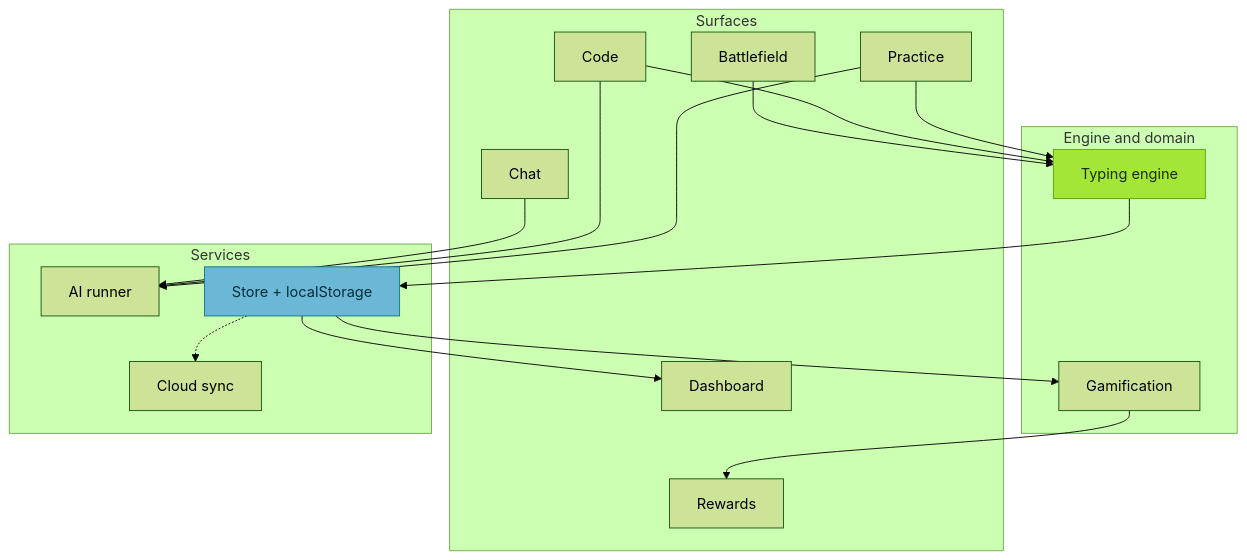
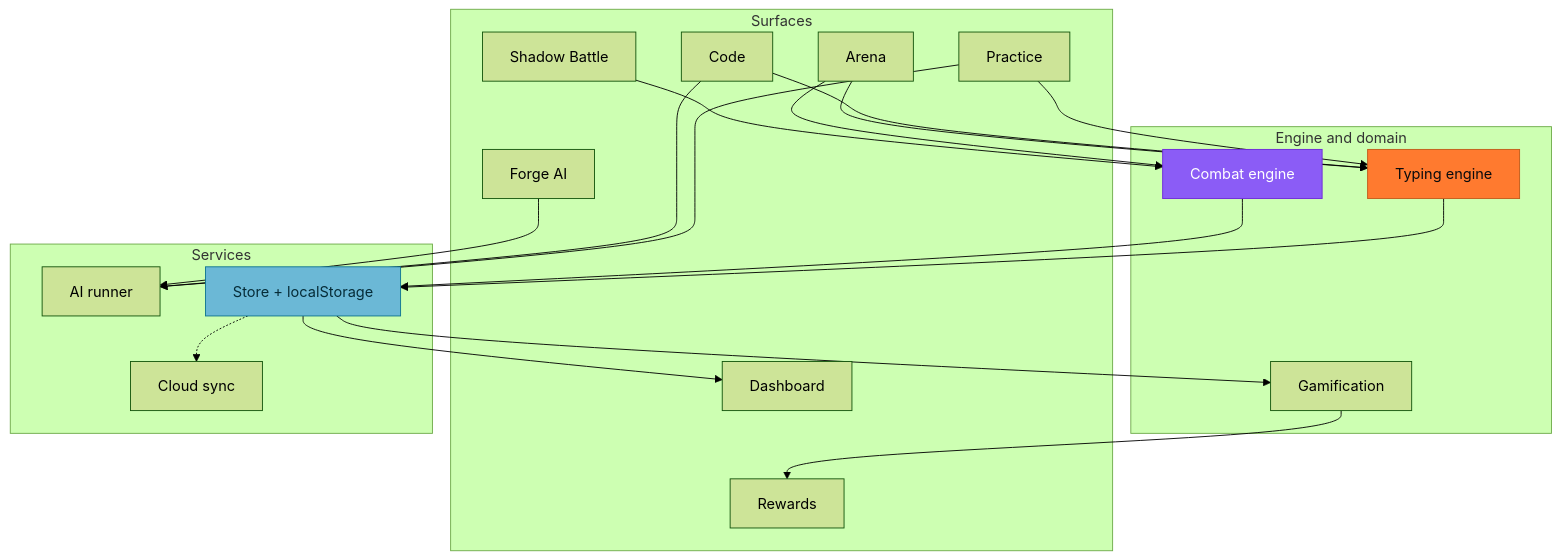
Before and after one commit to n4m4n-xd-69/TypeForge: the second of 2 diagrams in README.md, drawn with Mermaid (forest theme). The commit also changed other lines of this file and 20 other files, not shown here.

````diff
--- a/README.md
+++ b/README.md
@@ -206,37 +241,43 @@
 ```mermaid
 flowchart TD
     subgraph UI[Surfaces]
         P[Practice]
         C[Code]
-        B[Battlefield]
+        AR[Arena]
+        SB[Shadow Battle]
         D[Dashboard]
         R[Rewards]
-        CH[Chat]
+        CH[Forge AI]
     end
 
     subgraph Core[Engine and domain]
         TE[Typing engine]
+        CB[Combat engine]
         GM[Gamification]
     end
 
     subgraph Services[Services]
         AI[AI runner]
         ST[Store + localStorage]
         SY[Cloud sync]
     end
 
     P --> TE
     C --> TE
-    B --> TE
+    AR --> TE
+    AR --> CB
+    SB --> CB
     TE --> ST
+    CB --> ST
     ST --> GM
     GM --> R
     ST --> D
     P --> AI
     C --> AI
     CH --> AI
     ST -.-> SY
 
-    style TE fill:#a3e635,stroke:#65a30d,color:#1a2e05
+    style TE fill:#FF7A2F,stroke:#c25a1a,color:#0A0B0D
+    style CB fill:#8B5CF6,stroke:#6d28d9,color:#ffffff
     style ST fill:#6bb8d6,stroke:#0e7490,color:#062c38
 ```
````
